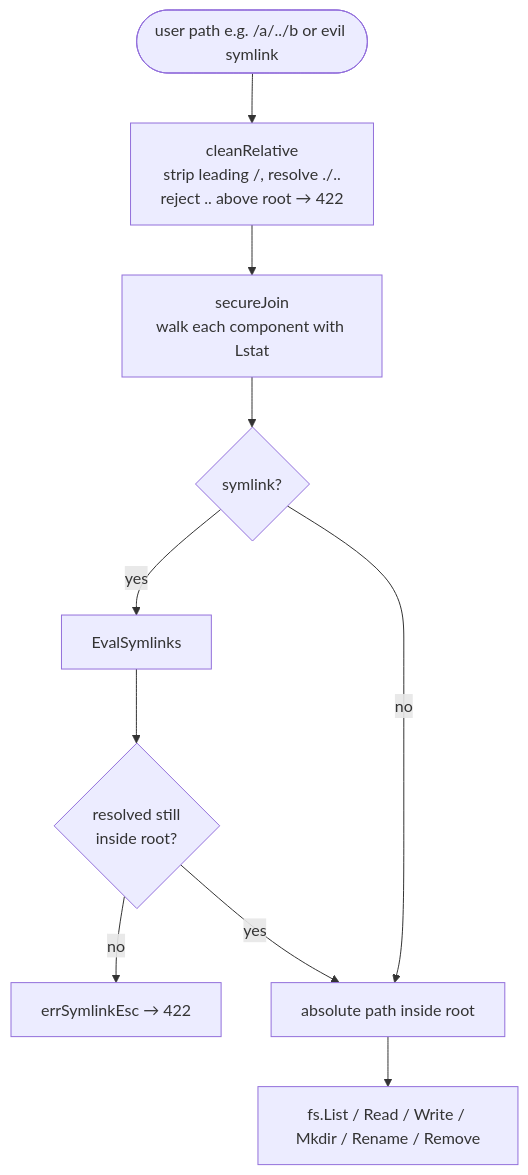
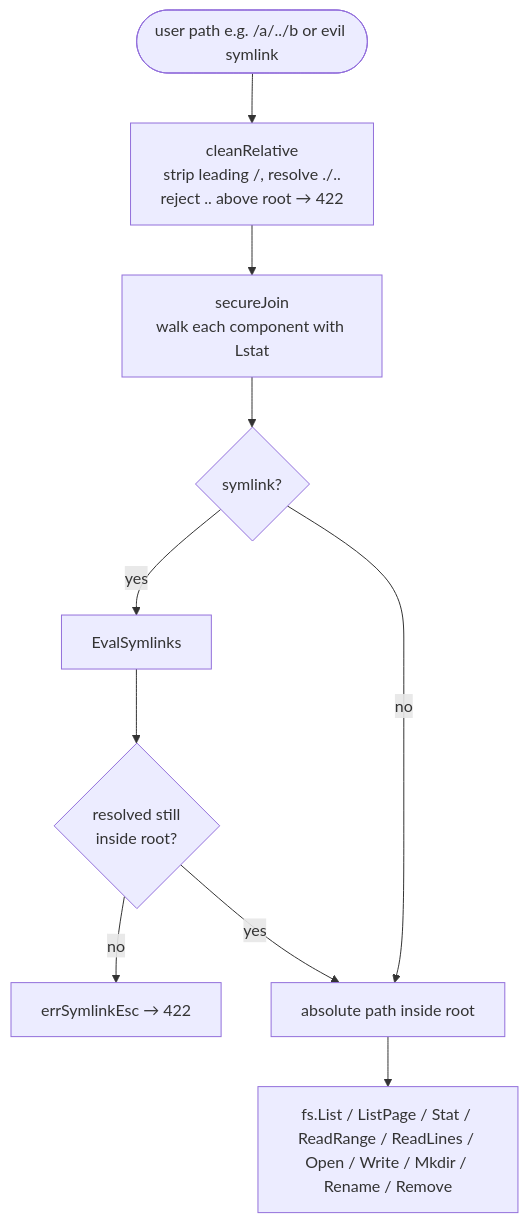
Before and after one commit to M3-mo2/cloud-service: diagram 13 of 17 in docs/ARCHITECTURE.md, drawn with Mermaid. The commit also changed other lines of this file and 18 other files, not shown here.

````diff
--- a/docs/ARCHITECTURE.md
+++ b/docs/ARCHITECTURE.md
@@ -662,12 +662,12 @@
 ```mermaid
 flowchart TD
     IN([user path e.g. /a/../b or evil symlink]) --> CLEAN["cleanRelative\nstrip leading /, resolve ./..\nreject .. above root → 422"]
     CLEAN --> JOIN["secureJoin\nwalk each component with Lstat"]
     JOIN --> SYM{symlink?}
     SYM -->|yes| EVAL["EvalSymlinks"]
     EVAL --> INROOT{resolved still\ninside root?}
     INROOT -->|no| ESC["errSymlinkEsc → 422"]
     INROOT -->|yes| OK["absolute path inside root"]
     SYM -->|no| OK
-    OK --> OP["fs.List / Read / Write / Mkdir / Rename / Remove"]
+    OK --> OP["fs.List / ListPage / Stat / ReadRange / ReadLines / Open / Write / Mkdir / Rename / Remove"]
 ```
````
